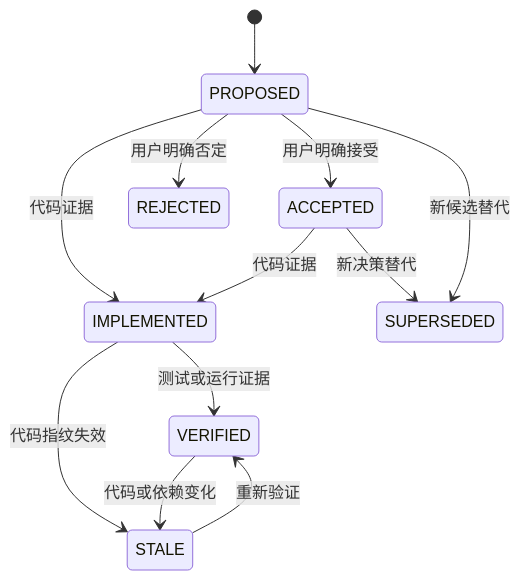
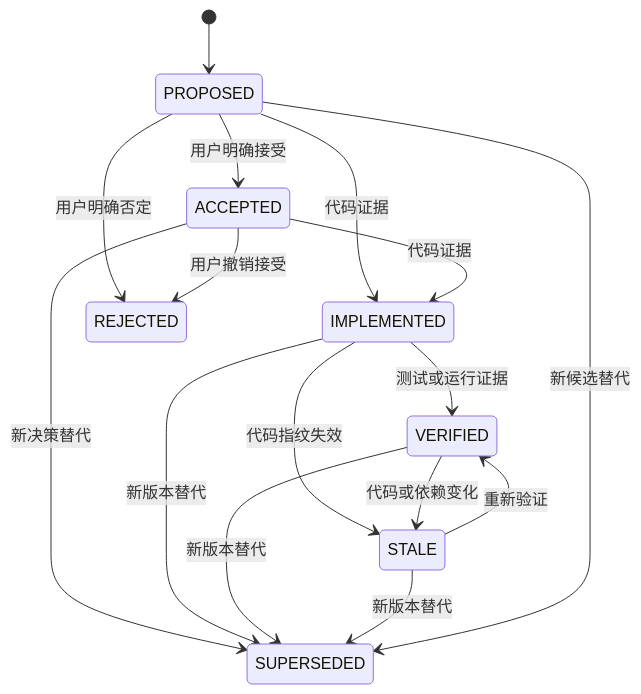
One commit to smarteacup/ZhiLoop changed the third of 8 diagrams in docs/design/codex-knowledge-layer-tdd.md. Above: the diagram before and after it, drawn with Mermaid. The commit also changed other lines of this file and 19 other files, not shown here.

````diff
--- a/docs/design/codex-knowledge-layer-tdd.md
+++ b/docs/design/codex-knowledge-layer-tdd.md
@@ -423,14 +423,18 @@
 ```mermaid
 stateDiagram-v2
     [*] --> PROPOSED
     PROPOSED --> ACCEPTED: 用户明确接受
     PROPOSED --> IMPLEMENTED: 代码证据
     ACCEPTED --> IMPLEMENTED: 代码证据
     IMPLEMENTED --> VERIFIED: 测试或运行证据
     PROPOSED --> REJECTED: 用户明确否定
+    ACCEPTED --> REJECTED: 用户撤销接受
     ACCEPTED --> SUPERSEDED: 新决策替代
+    IMPLEMENTED --> SUPERSEDED: 新版本替代
+    VERIFIED --> SUPERSEDED: 新版本替代
     IMPLEMENTED --> STALE: 代码指纹失效
     VERIFIED --> STALE: 代码或依赖变化
     STALE --> VERIFIED: 重新验证
+    STALE --> SUPERSEDED: 新版本替代
     PROPOSED --> SUPERSEDED: 新候选替代
 ```
````
